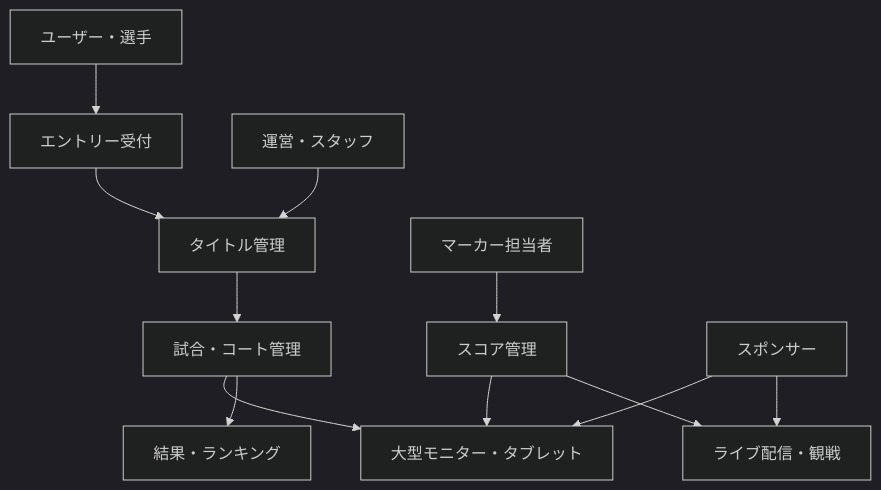
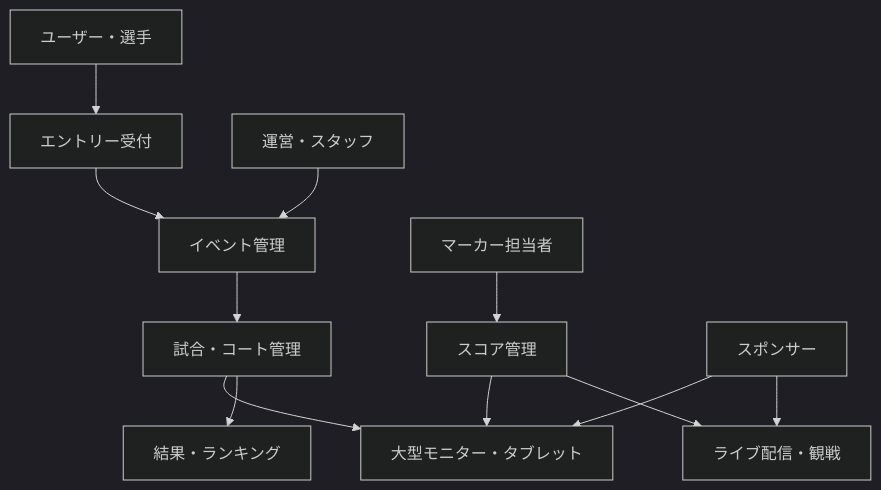
One commit to Miraisosha/S-NICK-Platform changed the diagram in docs/01_project-overview.md. Above: the diagram before and after it, drawn with Mermaid (dark theme). The commit also changed other lines of this file and 33 other files, not shown here.

````diff
--- a/docs/01_project-overview.md
+++ b/docs/01_project-overview.md
@@ -32,14 +32,14 @@
 ```mermaid
 flowchart TD
     User["ユーザー・選手"] --> Entry["エントリー受付"]
-    Admin["運営・スタッフ"] --> Platform["タイトル管理"]
+    Admin["運営・スタッフ"] --> Platform["イベント管理"]
     Marker["マーカー担当者"] --> Score["スコア管理"]
     Platform --> Match["試合・コート管理"]
     Entry --> Platform
     Score --> Display["大型モニター・タブレット"]
     Score --> Live["ライブ配信・観戦"]
     Match --> Display
     Match --> Result["結果・ランキング"]
     Sponsor["スポンサー"] --> Display
     Sponsor --> Live
 ```
````
